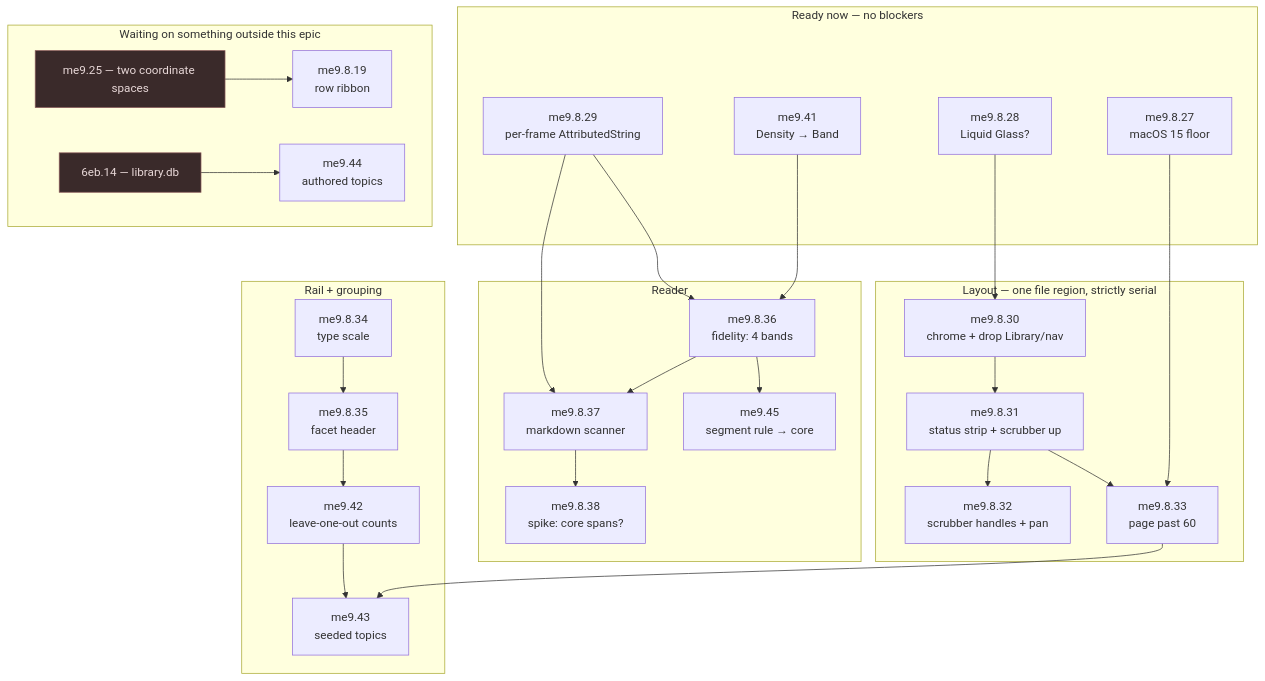
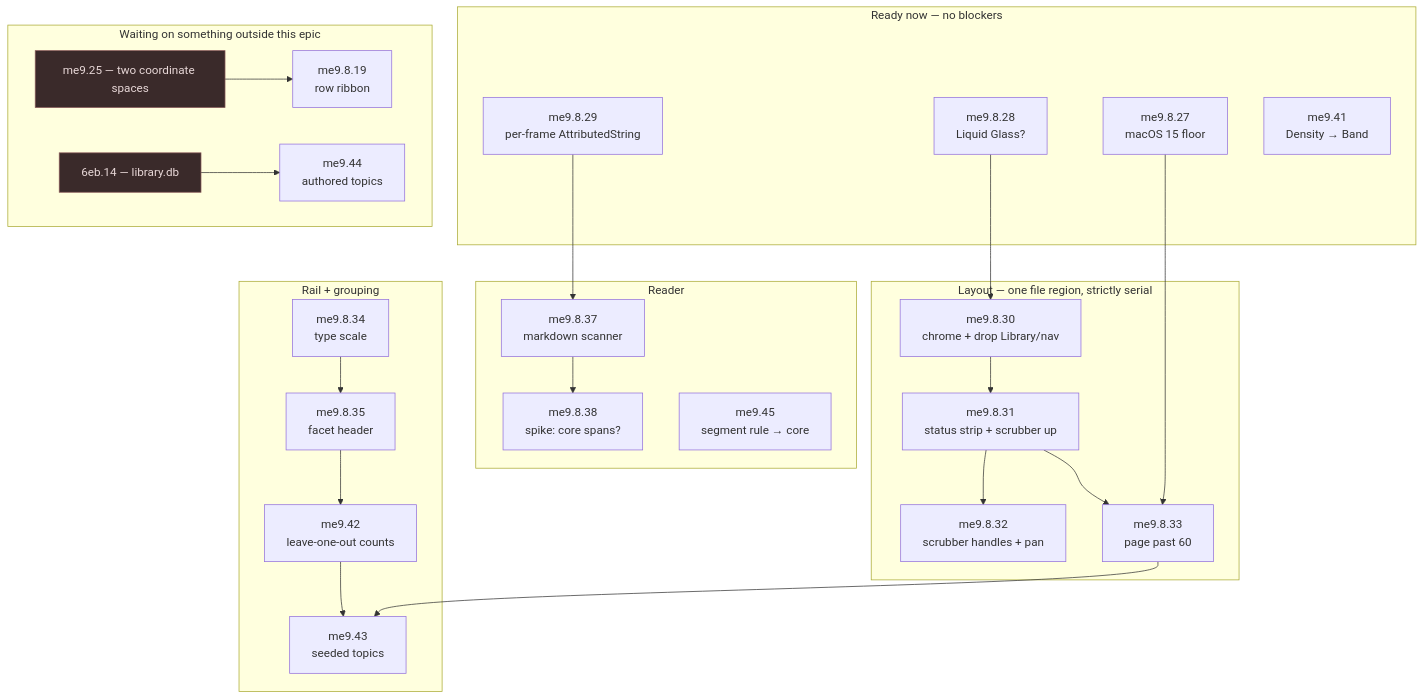
Before and after one commit to tylercrosse/chat-search: the diagram in apps/macos/ROADMAP.md, drawn with Mermaid. The commit also changed other lines of this file and 2 other files, not shown here.

````diff
--- a/apps/macos/ROADMAP.md
+++ b/apps/macos/ROADMAP.md
@@ -60,53 +75,48 @@
 ```mermaid
 graph TD
   subgraph ready ["Ready now — no blockers"]
     G28["me9.8.28<br/>Liquid Glass?"]
     G27["me9.8.27<br/>macOS 15 floor"]
     G29["me9.8.29<br/>per-frame AttributedString"]
     G41["me9.41<br/>Density → Band"]
   end
 
   subgraph layout ["Layout — one file region, strictly serial"]
     G30["me9.8.30<br/>chrome + drop Library/nav"]
     G31["me9.8.31<br/>status strip + scrubber up"]
     G32["me9.8.32<br/>scrubber handles + pan"]
     G33["me9.8.33<br/>page past 60"]
   end
 
   subgraph reader ["Reader"]
-    G36["me9.8.36<br/>fidelity: 4 bands"]
     G37["me9.8.37<br/>markdown scanner"]
     G38["me9.8.38<br/>spike: core spans?"]
     G45["me9.45<br/>segment rule → core"]
   end
 
   subgraph rail ["Rail + grouping"]
     G34["me9.8.34<br/>type scale"]
     G35["me9.8.35<br/>facet header"]
     G42["me9.42<br/>leave-one-out counts"]
     G43["me9.43<br/>seeded topics"]
   end
 
   subgraph ext ["Waiting on something outside this epic"]
     G19["me9.8.19<br/>row ribbon"]
     G44["me9.44<br/>authored topics"]
     X25["me9.25 — two coordinate spaces"]
     X14["6eb.14 — library.db"]
   end
 
   G28 --> G30 --> G31 --> G32
   G31 --> G33
   G27 --> G33
   G34 --> G35 --> G42 --> G43
   G33 --> G43
-  G29 --> G36
-  G41 --> G36
-  G29 --> G37
-  G36 --> G37 --> G38
-  G36 --> G45
+  G29 --> G37 --> G38
   X25 --> G19
   X14 --> G44
 
   classDef blocked fill:#3a2a2a,stroke:#8a5a5a,color:#e8d8d8
   class X25,X14 blocked
 ```
````
